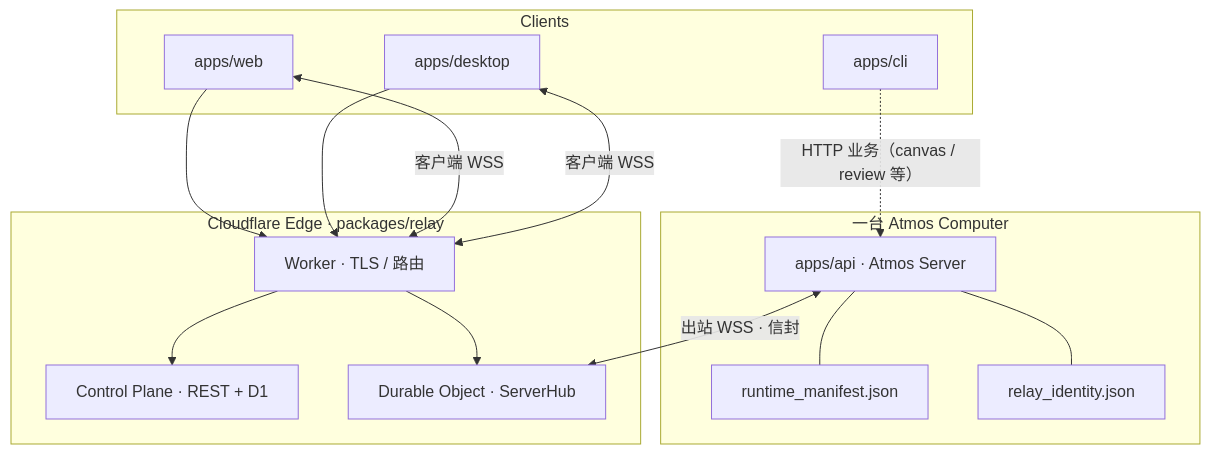
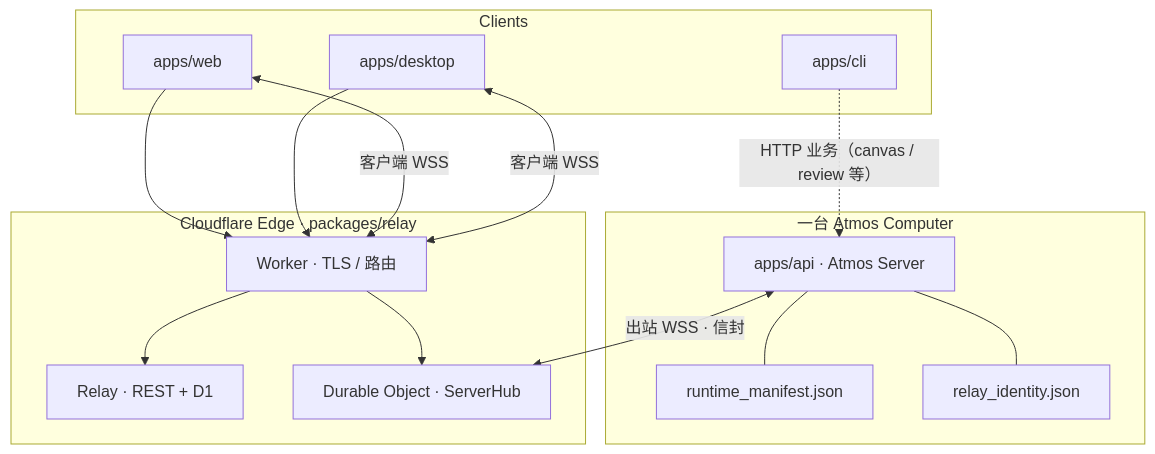
The first of 7 diagrams in specs/APP/APP-016_atmos-computer/TECH.md (AruNi-01/atmos), drawn with Mermaid before and after one commit. The commit also changed other lines of this file and 108 other files, not shown here.

````diff
--- a/specs/APP/APP-016_atmos-computer/TECH.md
+++ b/specs/APP/APP-016_atmos-computer/TECH.md
@@ -15,28 +15,28 @@
 ```mermaid
 flowchart TB
   subgraph clients [Clients]
     Web["apps/web"]
     Desktop["apps/desktop"]
     CLI["apps/cli"]
   end
   subgraph computer ["一台 Atmos Computer"]
     API["apps/api · Atmos Server"]
     RM["runtime_manifest.json"]
     RI["relay_identity.json"]
     API --- RM
     API --- RI
   end
   subgraph edge ["Cloudflare Edge · packages/relay"]
     WK["Worker · TLS / 路由"]
-    CP["Control Plane · REST + D1"]
+    CP["Relay · REST + D1"]
     DO["Durable Object · ServerHub"]
     WK --> CP
     WK --> DO
   end
   Web --> WK
   Desktop --> WK
   CLI -.->|"HTTP 业务（canvas / review 等）"| API
   API <-->|"出站 WSS · 信封"| DO
   Web <-->|"客户端 WSS"| WK
   Desktop <-->|"客户端 WSS"| WK
 ```
````
